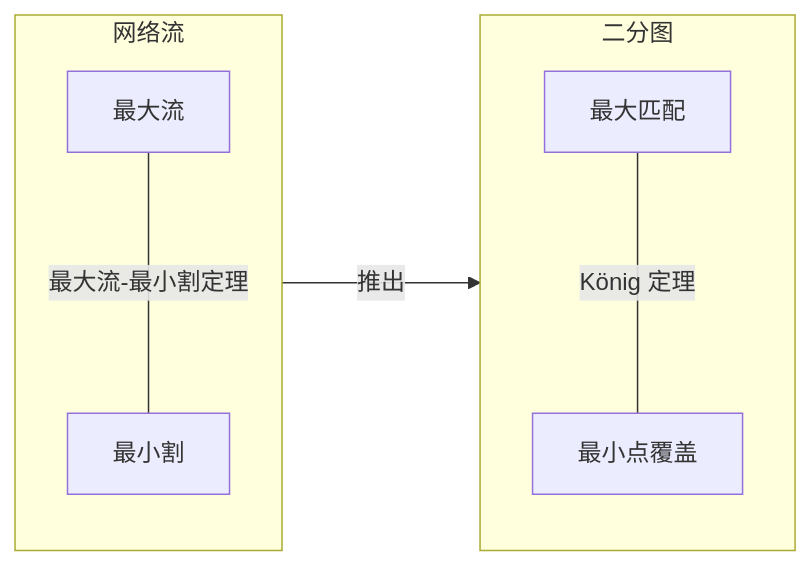
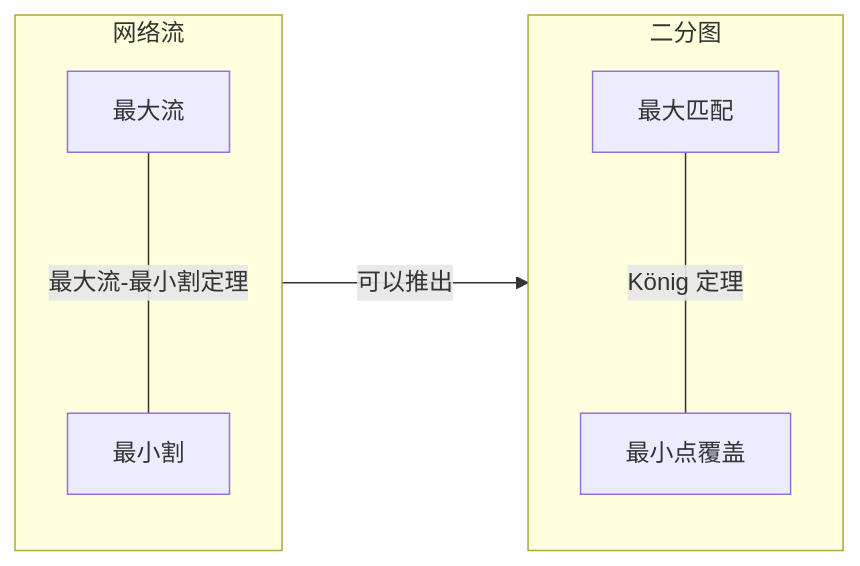
Before and after one commit to fstqwq/AI2615: the second of 5 diagrams in docs/flow/bipartite.md, drawn with Mermaid. The commit also changed other lines of this file, not shown here.

````diff
--- a/docs/flow/bipartite.md
+++ b/docs/flow/bipartite.md
@@ -70,11 +68,11 @@
     ```mermaid
     %%{ init: { 'flowchart': { 'curve': 'linear' } } }%%
     flowchart LR
         subgraph 二分图
         最大匹配 ----|König 定理| 最小点覆盖
         end
         subgraph 网络流
         最大流 ----|最大流-最小割定理| 最小割
         end
-        网络流 --->|推出| 二分图
+        网络流 --->|可以推出| 二分图
     ```
````
